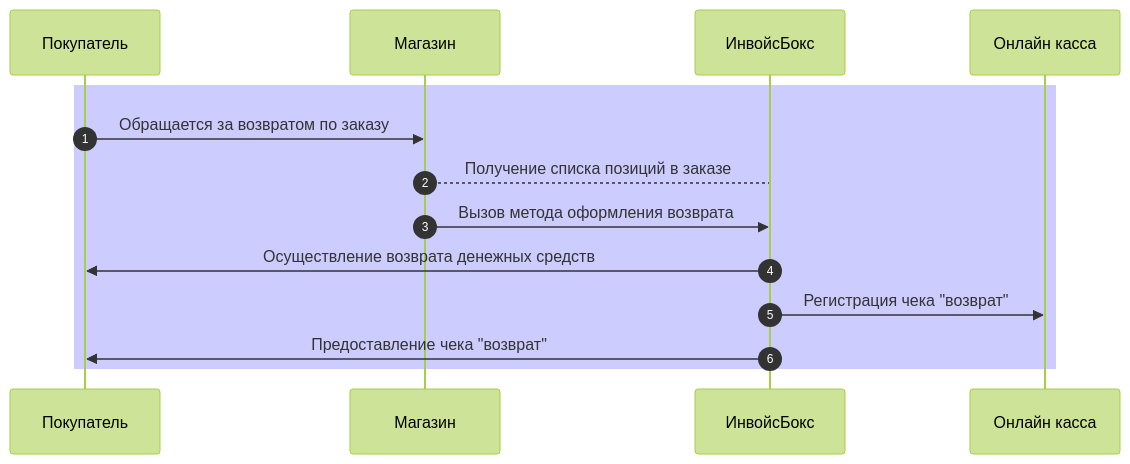
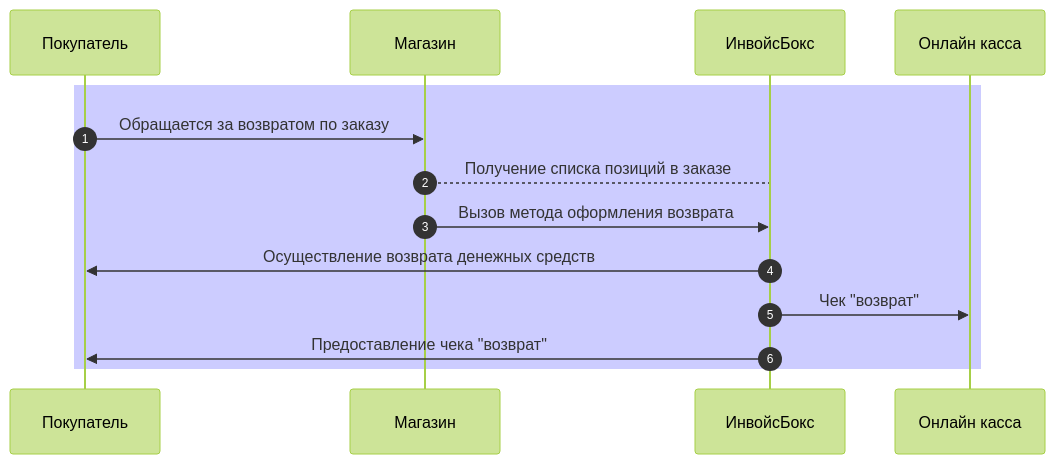
Before and after one commit to YIGRIKY/invoicebox-docs: the third of 3 diagrams in docs/schema.md, drawn with Mermaid (forest theme). The commit also changed other lines of this file, not shown here.

```diff
--- a/docs/schema.md
+++ b/docs/schema.md
@@ -66,16 +66,16 @@
 <div class="mermaid">
 sequenceDiagram
     autonumber
     participant Покупатель
     participant Магазин
     participant ИнвойсБокс 
     participant Онлайн касса
     rect rgb(204, 204, 255)
       Покупатель->>Магазин: Обращается за возвратом по заказу
       Магазин-->ИнвойсБокс: Получение списка позиций в заказе
       Магазин->>ИнвойсБокс: Вызов метода оформления возврата
       ИнвойсБокс->>Покупатель: Осуществление возврата денежных средств
-      ИнвойсБокс->>Онлайн касса: Регистрация чека "возврат"
+      ИнвойсБокс->>Онлайн касса: Чек "возврат"
       ИнвойсБокс->>Покупатель: Предоставление чека "возврат"
     end
 </div>
```
